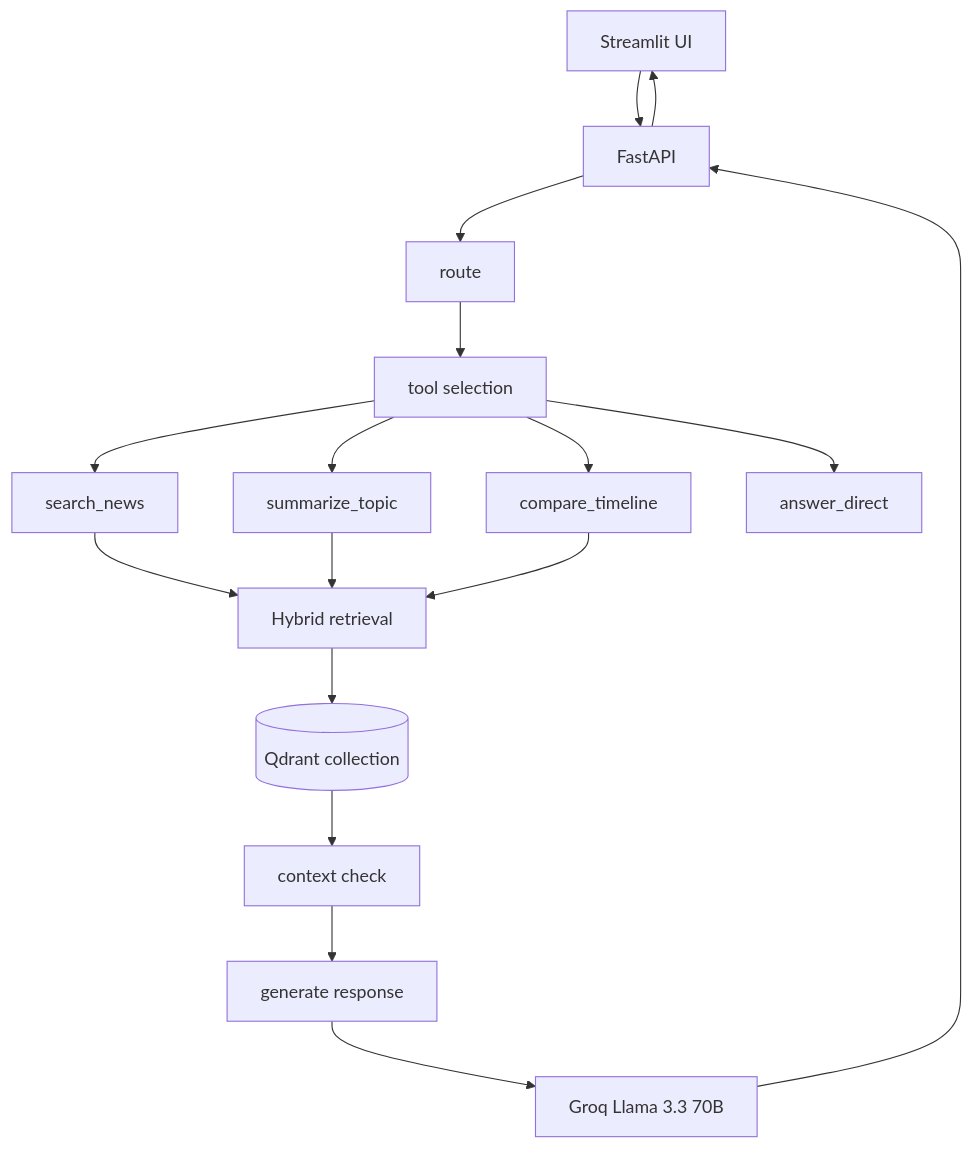
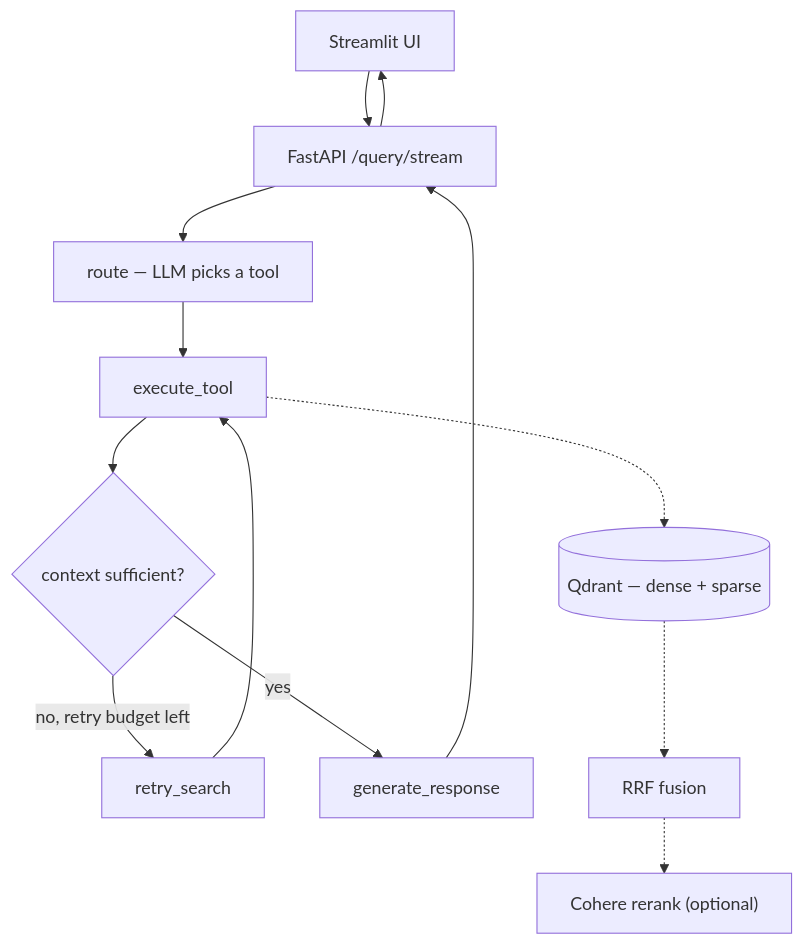
The diagram in README.md (saleh-yasseen/Arabic_News_Agentic_RAG), drawn with Mermaid before and after one commit. The commit also changed other lines of this file and 4 other files, not shown here.

````diff
--- a/README.md
+++ b/README.md
@@ -45,20 +53,16 @@
 ```mermaid
 flowchart TD
-    UI["Streamlit UI"] --> API["FastAPI"]
-    API --> ROUTE["route"]
-    ROUTE --> TOOL["tool selection"]
-    TOOL --> SEARCH["search_news"]
-    TOOL --> SUMM["summarize_topic"]
-    TOOL --> COMPARE["compare_timeline"]
-    TOOL --> DIRECT["answer_direct"]
+    UI["Streamlit UI"] --> API["FastAPI /query/stream"]
+    API --> ROUTE["route — LLM picks a tool"]
+    ROUTE --> EXEC["execute_tool"]
+    EXEC --> CHECK{"context sufficient?"}
+    CHECK -- "no, retry budget left" --> RETRY["retry_search"]
+    RETRY --> EXEC
+    CHECK -- "yes" --> GEN["generate_response"]
+    GEN --> API
+    API --> UI
 
-    SEARCH --> RETRIEVAL["Hybrid retrieval"]
-    SUMM --> RETRIEVAL
-    COMPARE --> RETRIEVAL
-    RETRIEVAL --> QDRANT[("Qdrant collection")]
-    QDRANT --> QUALITY["context check"]
-    QUALITY --> GENERATE["generate response"]
-    GENERATE --> LLM["Groq Llama 3.3 70B"]
-    LLM --> API
-    API --> UI
+    EXEC -.-> QDRANT[("Qdrant — dense + sparse")]
+    QDRANT -.-> RRF["RRF fusion"]
+    RRF -.-> RERANK["Cohere rerank (optional)"]
 ```
````
